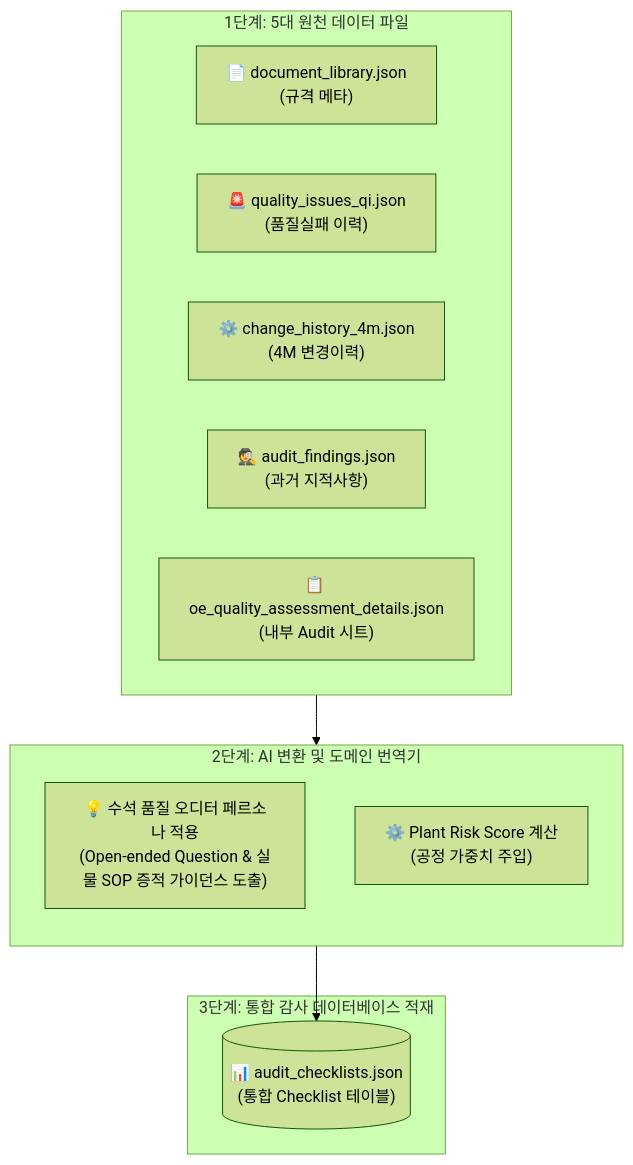
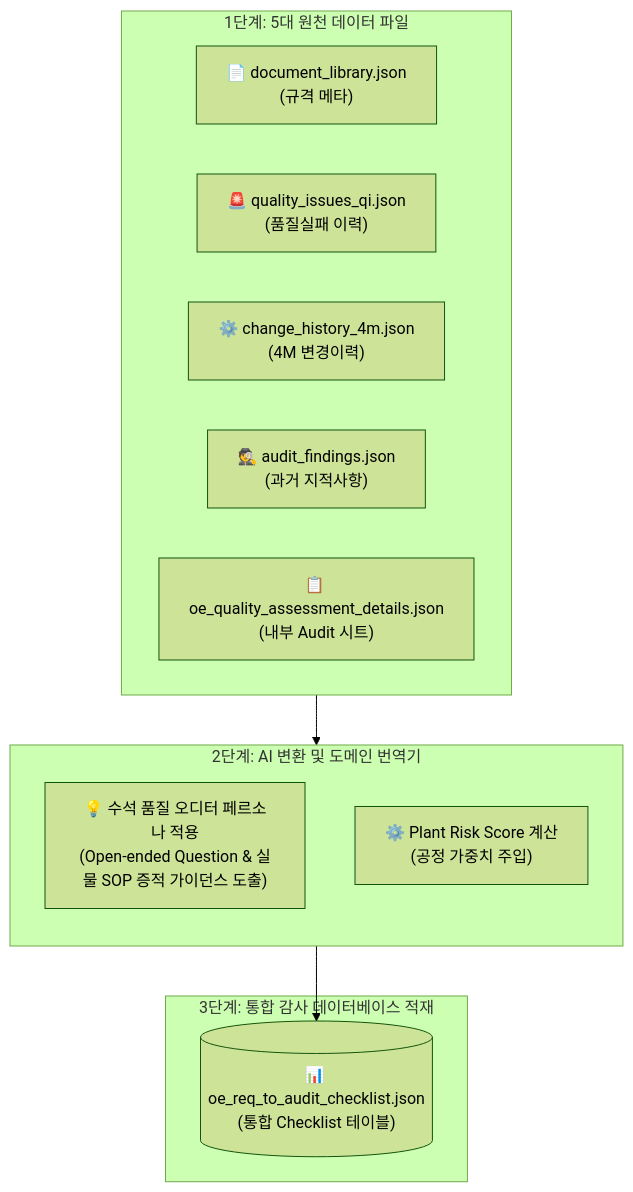
Before and after one commit to jumasi-34/RiskHunter: the diagram in context/03_product_database_schema.md, drawn with Mermaid (forest theme). The commit also changed other lines of this file and 8 other files, not shown here.

Commit message:
refactor: rename data/audit_checklists.json to data/oe_req_to_audit_checklist.json and update references

````diff
--- a/context/03_product_database_schema.md
+++ b/context/03_product_database_schema.md
@@ -30,25 +30,25 @@
 ```mermaid
 flowchart TD
     subgraph Raw_Resources ["1단계: 5대 원천 데이터 파일"]
         direction LR
         SRC_DOC["📄 document_library.json<br>(규격 메타)"]
         SRC_QI["🚨 quality_issues_qi.json<br>(품질실패 이력)"]
         SRC_4M["⚙️ change_history_4m.json<br>(4M 변경이력)"]
         SRC_AUD["🕵️ audit_findings.json<br>(과거 지적사항)"]
         SRC_INT["📋 oe_quality_assessment_details.json<br>(내부 Audit 시트)"]
     end
 
     subgraph AI_Parser_Engine ["2단계: AI 변환 및 도메인 번역기"]
         direction TB
         PROMPT["💡 수석 품질 오디터 페르소나 적용<br>(Open-ended Question & 실물 SOP 증적 가이던스 도출)"]
         BOOST["⚙️ Plant Risk Score 계산<br>(공정 가중치 주입)"]
     end
 
     subgraph Consolidated_Virtual_DB ["3단계: 통합 감사 데이터베이스 적재"]
-        T_UAC[("📊 audit_checklists.json<br>(통합 Checklist 테이블)")]
+        T_UAC[("📊 oe_req_to_audit_checklist.json<br>(통합 Checklist 테이블)")]
     end
 
     %% 데이터 흐름 연결
     Raw_Resources --> AI_Parser_Engine
     AI_Parser_Engine --> T_UAC
 ```
````
